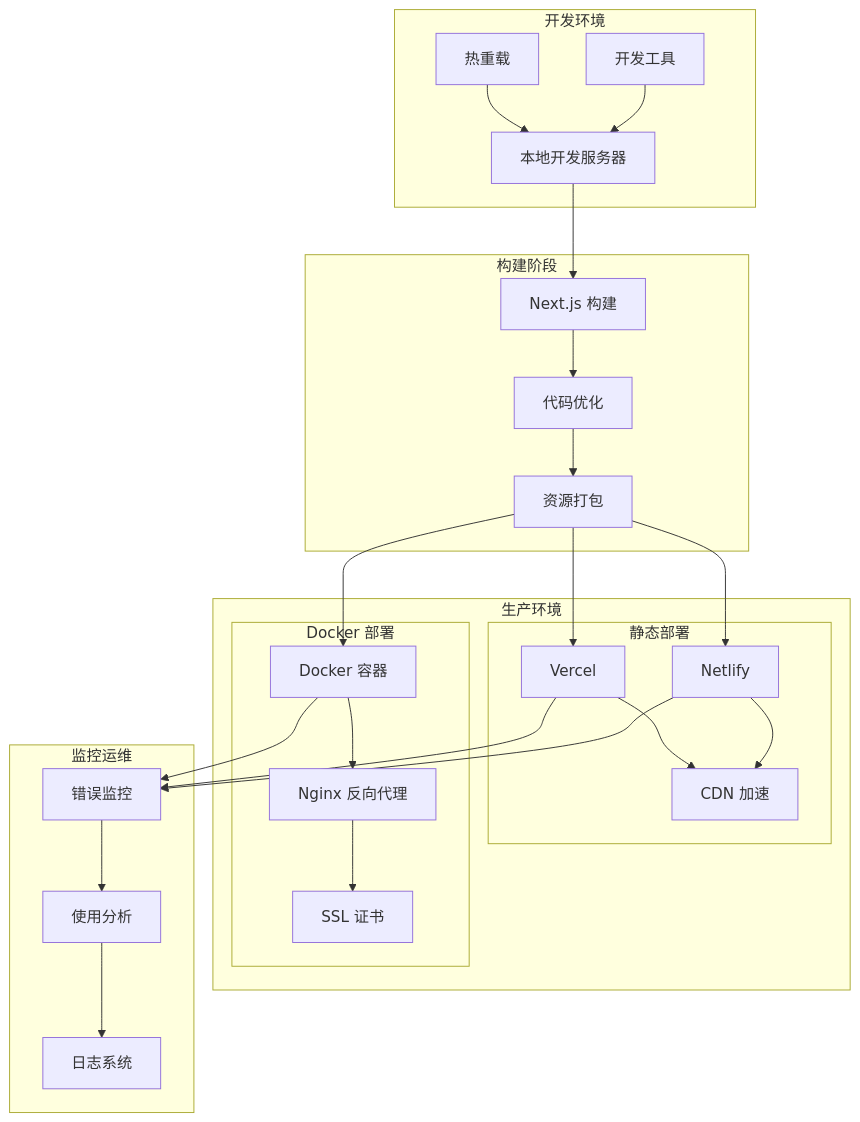
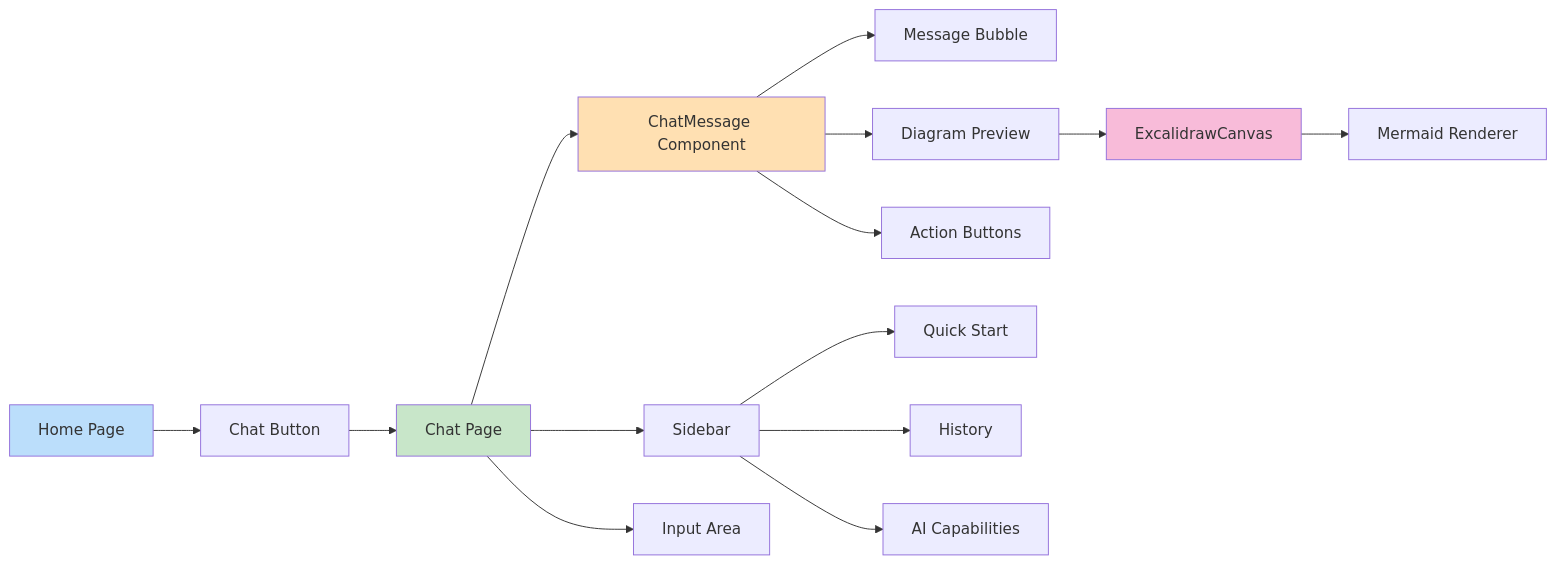
Before and after one commit to melonlee/LazyDraw: the second of 3 diagrams in architecture-diagram.md, drawn with Mermaid. The commit also changed other lines of this file and 13 other files, not shown here.

First line of the commit message:
feat: Add AI chat page with English localization

````diff
--- a/architecture-diagram.md
+++ b/architecture-diagram.md
@@ -242,57 +38,25 @@
 ```mermaid
-graph TB
-    subgraph "开发环境"
-        Dev[本地开发服务器]
-        HotReload[热重载]
-        DevTools[开发工具]
-    end
+graph LR
+    A[Home Page] --> B[Chat Button]
+    B --> C[Chat Page]
     
-    subgraph "构建阶段"
-        Build[Next.js 构建]
-        Optimize[代码优化]
-        Bundle[资源打包]
-    end
+    C --> D[ChatMessage Component]
+    C --> E[Sidebar]
+    C --> F[Input Area]
     
-    subgraph "生产环境"
-        subgraph "静态部署"
-            Vercel[Vercel]
-            Netlify[Netlify]
-            CDN[CDN 加速]
-        end
-        
-        subgraph "Docker 部署"
-            Container[Docker 容器]
-            Nginx[Nginx 反向代理]
-            SSL[SSL 证书]
-        end
-    end
+    D --> G[Message Bubble]
+    D --> H[Diagram Preview]
+    D --> I[Action Buttons]
     
-    subgraph "监控运维"
-        Sentry[错误监控]
-        Analytics[使用分析]
-        Logs[日志系统]
-    end
+    H --> J[ExcalidrawCanvas]
+    J --> K[Mermaid Renderer]
     
-    Dev --> Build
-    HotReload --> Dev
-    DevTools --> Dev
+    E --> L[Quick Start]
+    E --> M[History]
+    E --> N[AI Capabilities]
     
-    Build --> Optimize
-    Optimize --> Bundle
-    
-    Bundle --> Vercel
-    Bundle --> Netlify
-    Bundle --> Container
-    
-    Vercel --> CDN
-    Netlify --> CDN
-    Container --> Nginx
-    Nginx --> SSL
-    
-    Vercel --> Sentry
-    Netlify --> Sentry
-    Container --> Sentry
-    
-    Sentry --> Analytics
-    Analytics --> Logs
+    style A fill:#bbdefb
+    style C fill:#c8e6c9
+    style D fill:#ffe0b2
+    style J fill:#f8bbd9
 ```
````
